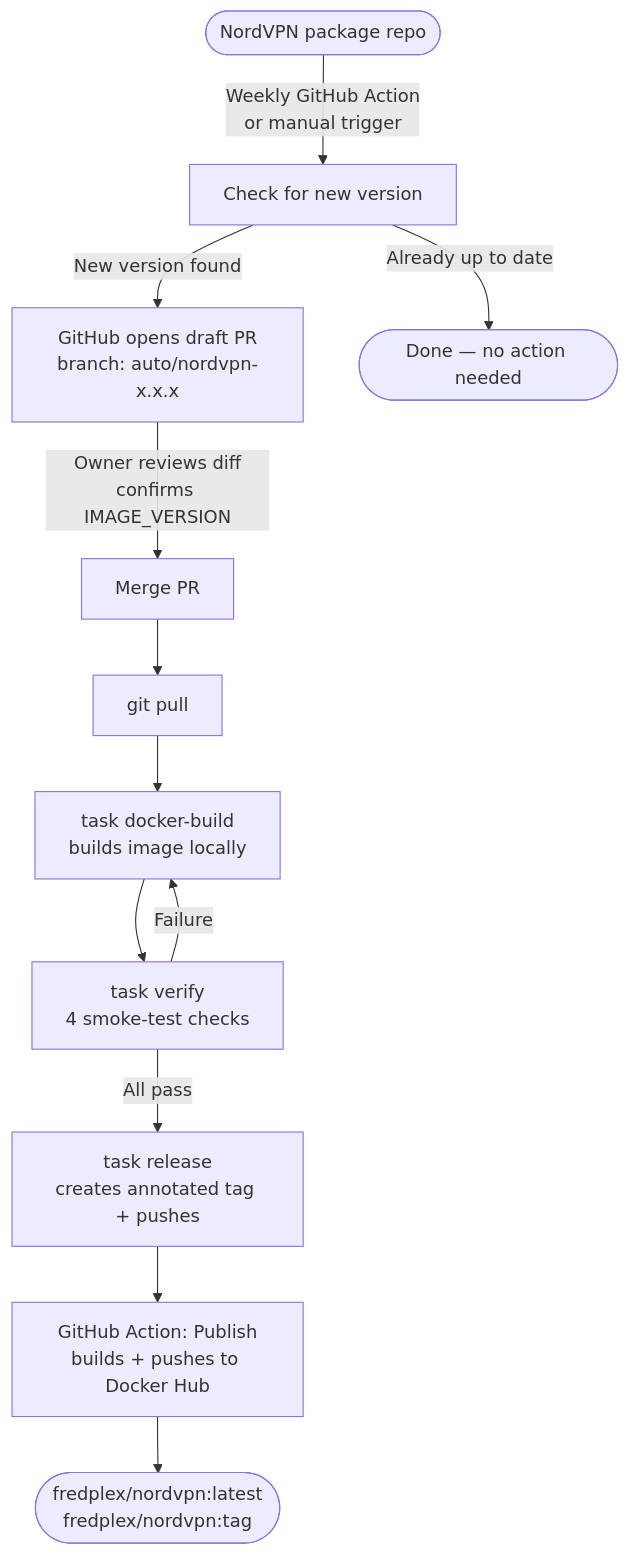
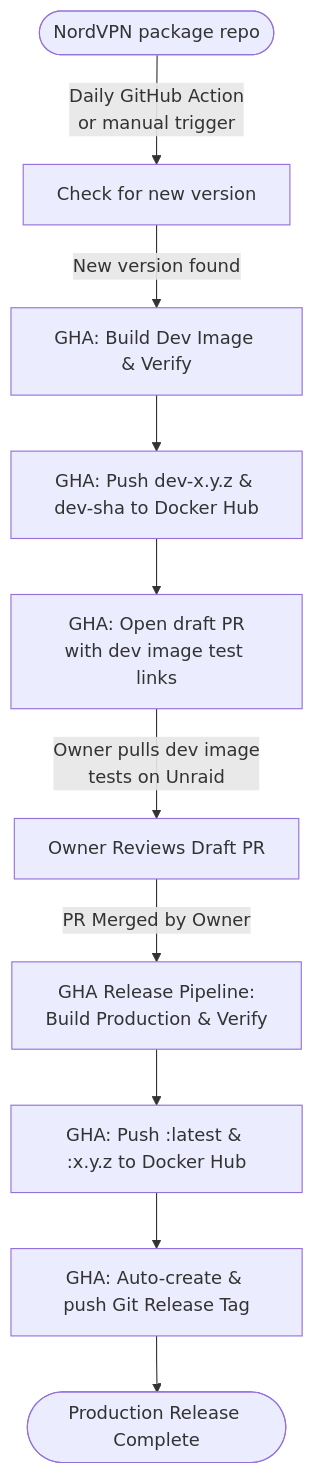
Before and after one commit to fredplex/nordvpnplex: the diagram in docs/user-guide.md, drawn with Mermaid. The commit also changed other lines of this file and 5 other files, not shown here.

Commit message:
feat(ci): implement unified GHA-centric release pipeline and update docs

````diff
--- a/docs/user-guide.md
+++ b/docs/user-guide.md
@@ -36,14 +36,12 @@
 ```mermaid
 flowchart TD
-    A([NordVPN package repo]) -->|Weekly GitHub Action\nor manual trigger| B[Check for new version]
-    B -->|New version found| C[GitHub opens draft PR\nbranch: auto/nordvpn-x.x.x]
-    B -->|Already up to date| Z([Done — no action needed])
-    C -->|Owner reviews diff\nconfirms IMAGE_VERSION| D[Merge PR]
-    D --> E[git pull]
-    E --> F[task docker-build\nbuilds image locally]
-    F --> G[task verify\n4 smoke-test checks]
-    G -->|All pass| H[task release\ncreates annotated tag + pushes]
-    G -->|Failure| F
-    H --> I[GitHub Action: Publish\nbuilds + pushes to Docker Hub]
-    I --> J([fredplex/nordvpn:latest\nfredplex/nordvpn:tag])
+    A([NordVPN package repo]) -->|Daily GitHub Action\nor manual trigger| B[Check for new version]
+    B -->|New version found| C[GHA: Build Dev Image & Verify]
+    C --> D[GHA: Push dev-x.y.z & dev-sha to Docker Hub]
+    D --> E[GHA: Open draft PR\nwith dev image test links]
+    E -->|Owner pulls dev image\ntests on Unraid| F[Owner Reviews Draft PR]
+    F -->|PR Merged by Owner| G[GHA Release Pipeline:\nBuild Production & Verify]
+    G --> H[GHA: Push :latest & :x.y.z to Docker Hub]
+    H --> I[GHA: Auto-create & push Git Release Tag]
+    I --> J([Production Release Complete])
 ```
````
